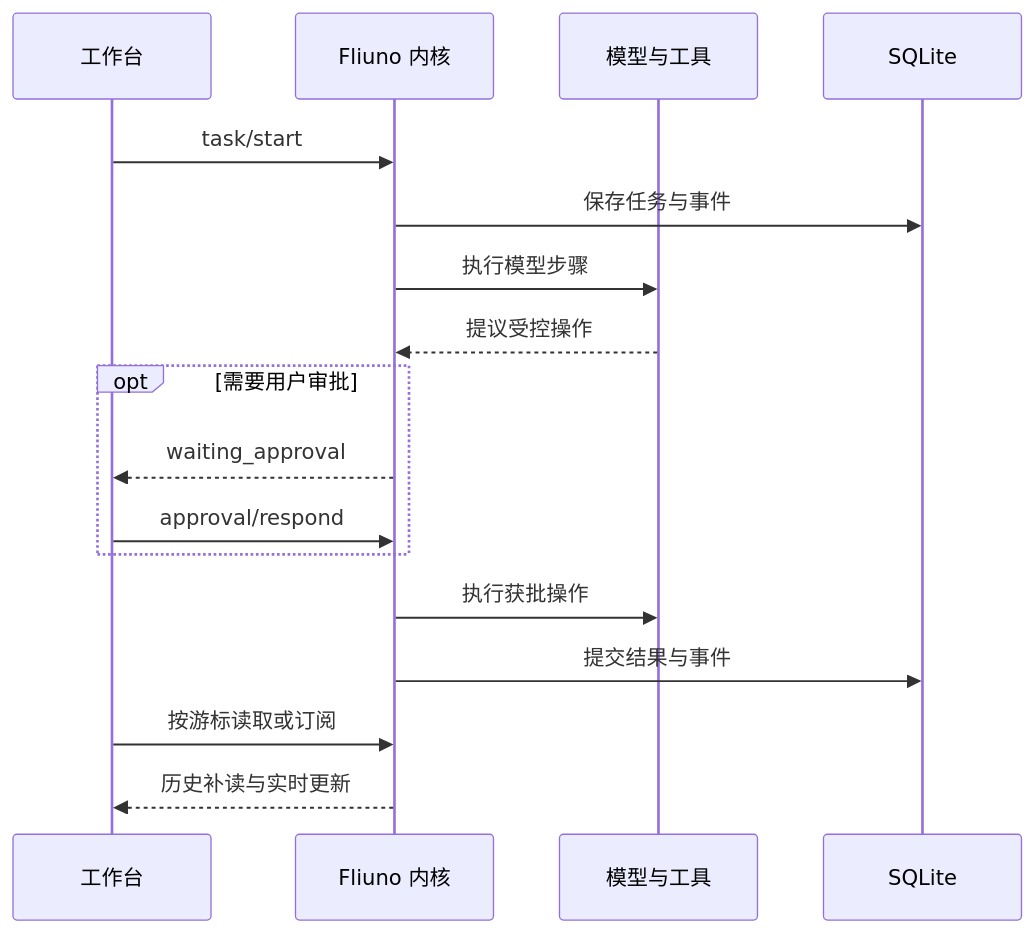
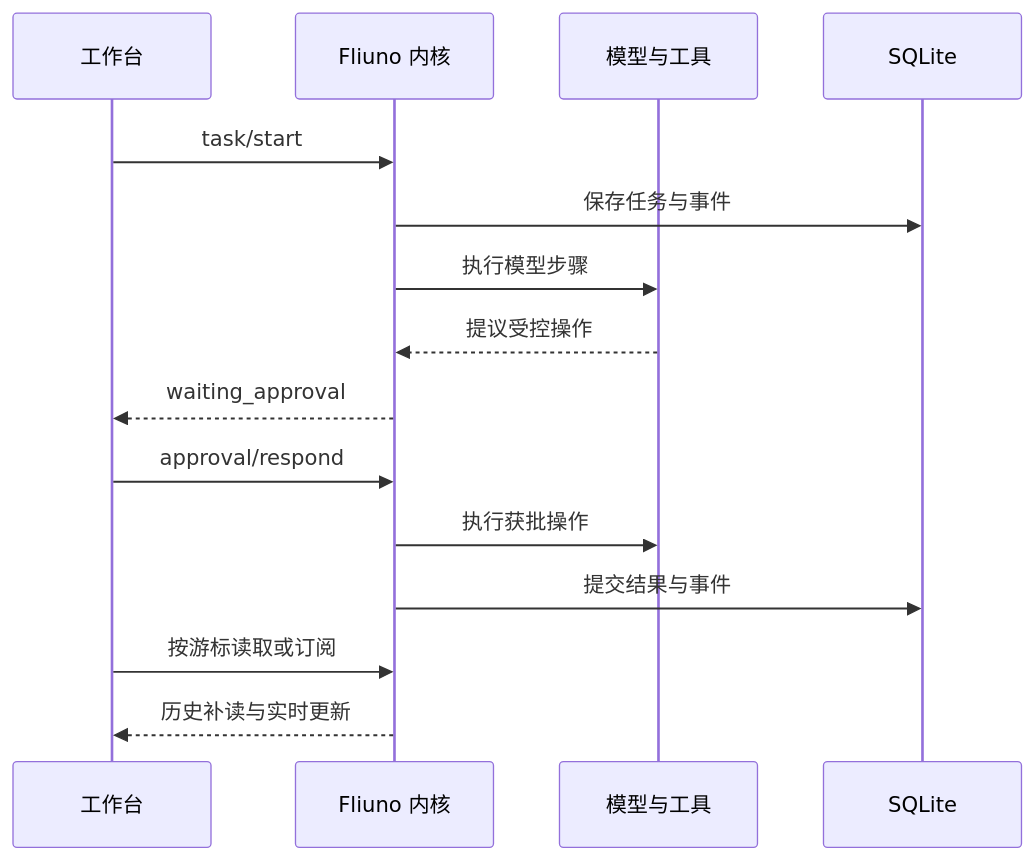
Before and after one commit to AuronaLabs/Fliuno: the diagram in docs/README.md, drawn with Mermaid. The commit also changed other lines of this file and 1 other file, not shown here.

Commit message:
docs: clarify tool and approval flow

````diff
--- a/docs/README.md
+++ b/docs/README.md
@@ -32,19 +32,17 @@
 ```mermaid
 sequenceDiagram
   participant W as 工作台
   participant K as Fliuno 内核
   participant X as 模型与工具
   participant D as SQLite
   W->>K: task/start
   K->>D: 保存任务与事件
   K->>X: 执行模型步骤
   X-->>K: 提议受控操作
-  opt 需要用户审批
-    K-->>W: waiting_approval
-    W->>K: approval/respond
-  end
+  K-->>W: waiting_approval
+  W->>K: approval/respond
   K->>X: 执行获批操作
   K->>D: 提交结果与事件
   W->>K: 按游标读取或订阅
   K-->>W: 历史补读与实时更新
 ```
````
